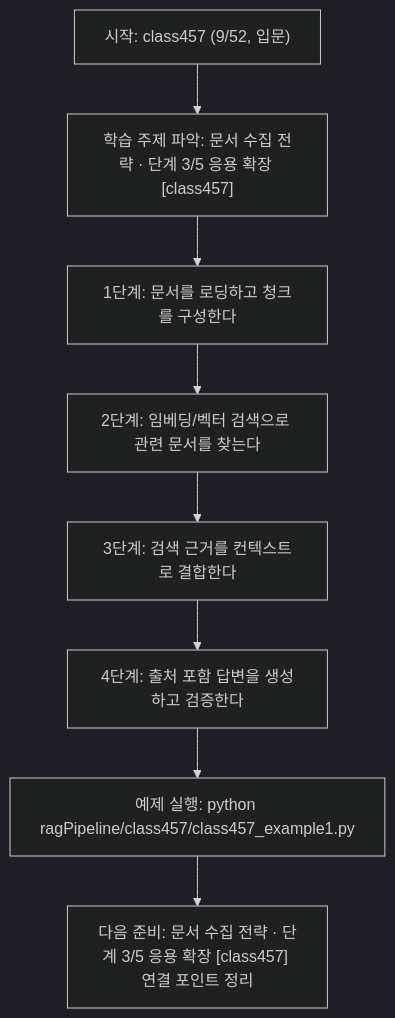
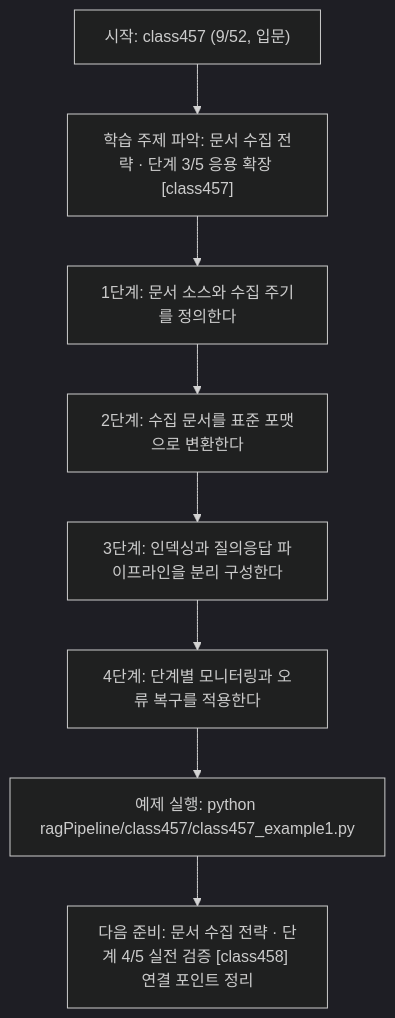
Before and after one commit to edumgt/Python-AI_Agent-Class: the diagram in ragPipeline/class457/class457.md, drawn with Mermaid (dark theme). The commit also changed other lines of this file and 367 other files, not shown here.

````diff
--- a/ragPipeline/class457/class457.md
+++ b/ragPipeline/class457/class457.md
@@ -111,18 +92,18 @@
 ```mermaid
 flowchart TD
 N1["시작: class457 (9/52, 입문)"]
 N2["학습 주제 파악: 문서 수집 전략 · 단계 3/5 응용 확장 [class457]"]
-N3["1단계: 문서를 로딩하고 청크를 구성한다"]
-N4["2단계: 임베딩/벡터 검색으로 관련 문서를 찾는다"]
-N5["3단계: 검색 근거를 컨텍스트로 결합한다"]
-N6["4단계: 출처 포함 답변을 생성하고 검증한다"]
+N3["1단계: 문서 소스와 수집 주기를 정의한다"]
+N4["2단계: 수집 문서를 표준 포맷으로 변환한다"]
+N5["3단계: 인덱싱과 질의응답 파이프라인을 분리 구성한다"]
+N6["4단계: 단계별 모니터링과 오류 복구를 적용한다"]
 N7["예제 실행: python ragPipeline/class457/class457_example1.py"]
-N8["다음 준비: 문서 수집 전략 · 단계 3/5 응용 확장 [class457] 연결 포인트 정리"]
+N8["다음 준비: 문서 수집 전략 · 단계 4/5 실전 검증 [class458] 연결 포인트 정리"]
 N1 --> N2
 N2 --> N3
 N3 --> N4
 N4 --> N5
 N5 --> N6
 N6 --> N7
 N7 --> N8
 ```
````
